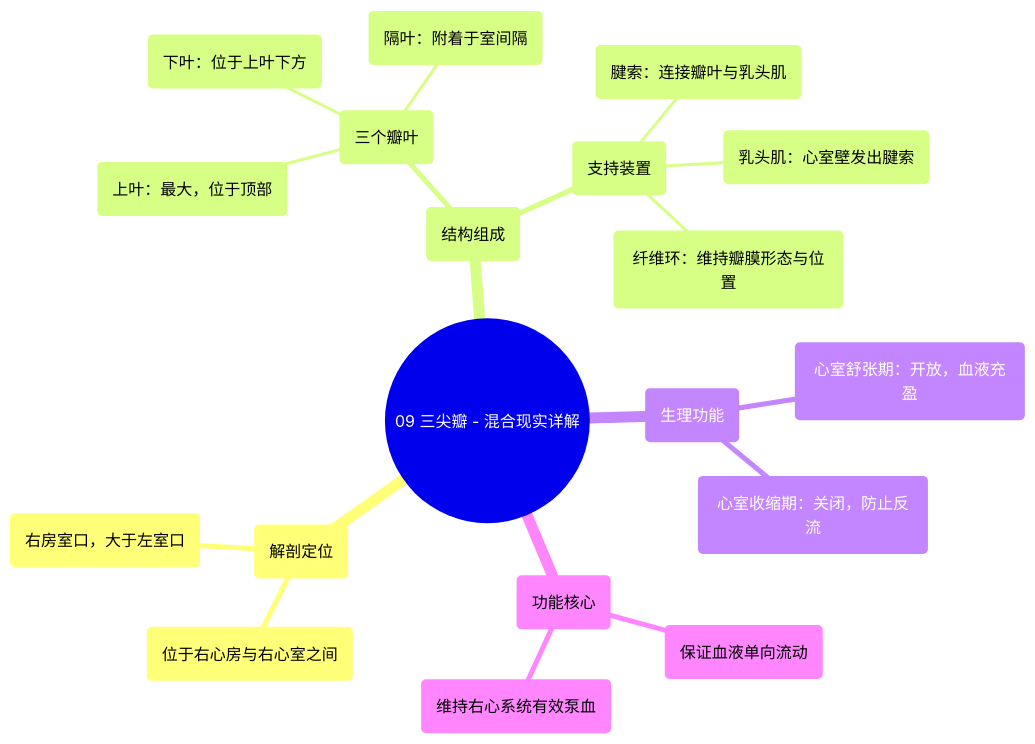
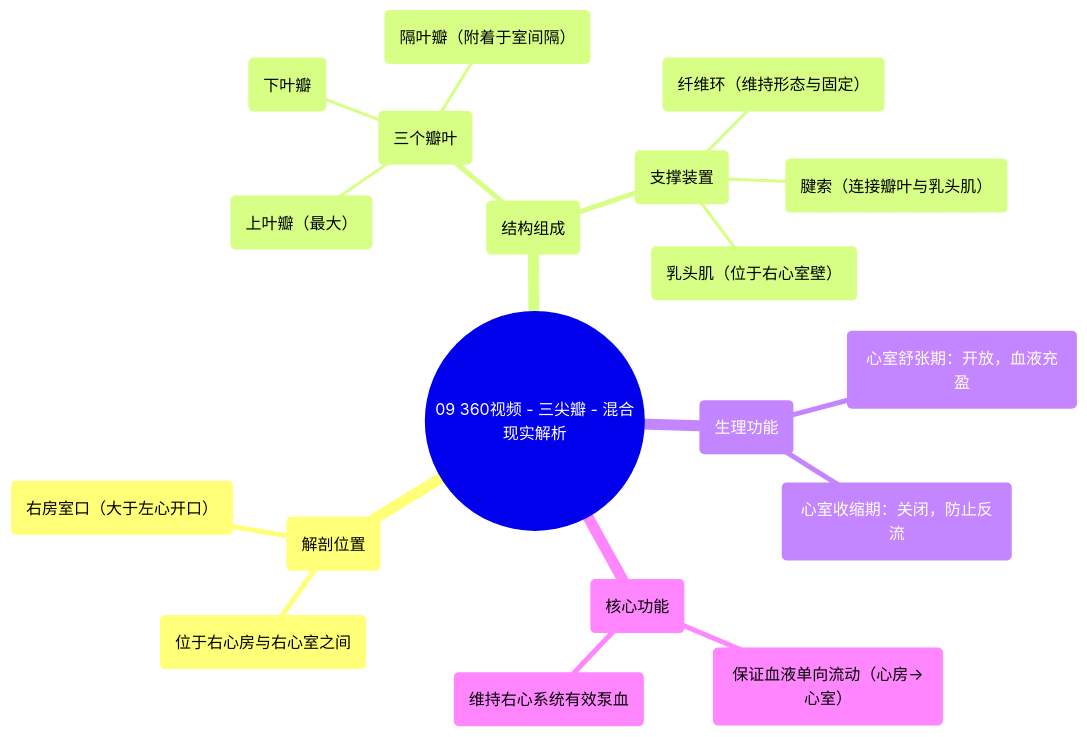
One commit to hello-47777/xinxueguan changed the diagram in docs/专辑 01：心脏解剖学实景课 (Heart Anatomy - Course)/09 360 video -Tricuspid Valve - Explained in Mixed Reality.md. Above: the diagram before and after it, drawn with Mermaid. The commit also changed other lines of this file and 414 other files, not shown here.

````diff
--- a/docs/专辑 01：心脏解剖学实景课 (Heart Anatomy - Course)/09 360 video -Tricuspid Valve - Explained in Mixed Reality.md
+++ b/docs/专辑 01：心脏解剖学实景课 (Heart Anatomy - Course)/09 360 video -Tricuspid Valve - Explained in Mixed Reality.md
@@ -42,22 +46,22 @@
 ```mermaid
 mindmap
-  root(("09 三尖瓣 - 混合现实详解"))
-    ("解剖定位")
+  root(("09 360视频 - 三尖瓣 - 混合现实解析"))
+    ("解剖位置")
       ("位于右心房与右心室之间")
-      ("右房室口，大于左室口")
+      ("右房室口（大于左心开口）")
     ("结构组成")
       ("三个瓣叶")
-        ("上叶：最大，位于顶部")
-        ("下叶：位于上叶下方")
-        ("隔叶：附着于室间隔")
-      ("支持装置")
-        ("腱索：连接瓣叶与乳头肌")
-        ("乳头肌：心室壁发出腱索")
-        ("纤维环：维持瓣膜形态与位置")
+        ("上叶瓣（最大）")
+        ("下叶瓣")
+        ("隔叶瓣（附着于室间隔）")
+      ("支撑装置")
+        ("纤维环（维持形态与固定）")
+        ("腱索（连接瓣叶与乳头肌）")
+        ("乳头肌（位于右心室壁）")
     ("生理功能")
       ("心室舒张期：开放，血液充盈")
       ("心室收缩期：关闭，防止反流")
-    ("功能核心")
-      ("保证血液单向流动")
+    ("核心功能")
+      ("保证血液单向流动（心房→心室）")
       ("维持右心系统有效泵血")
 ```
````
